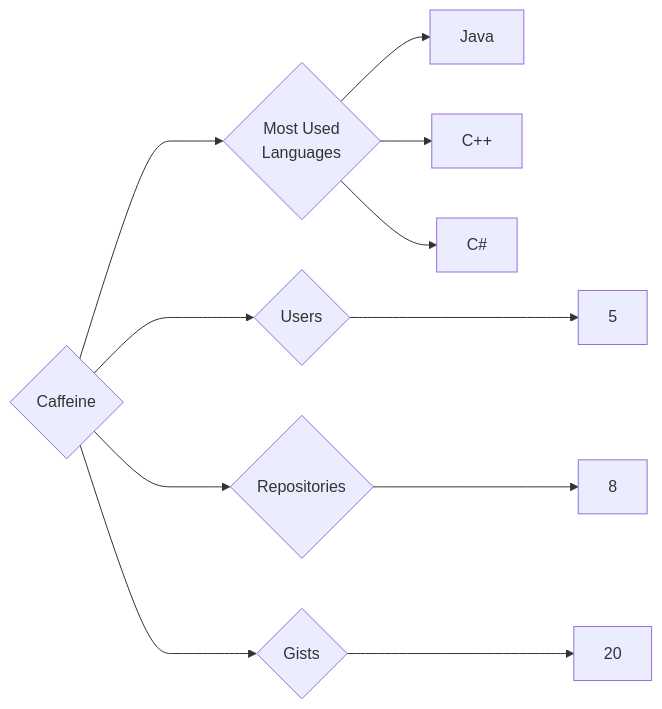
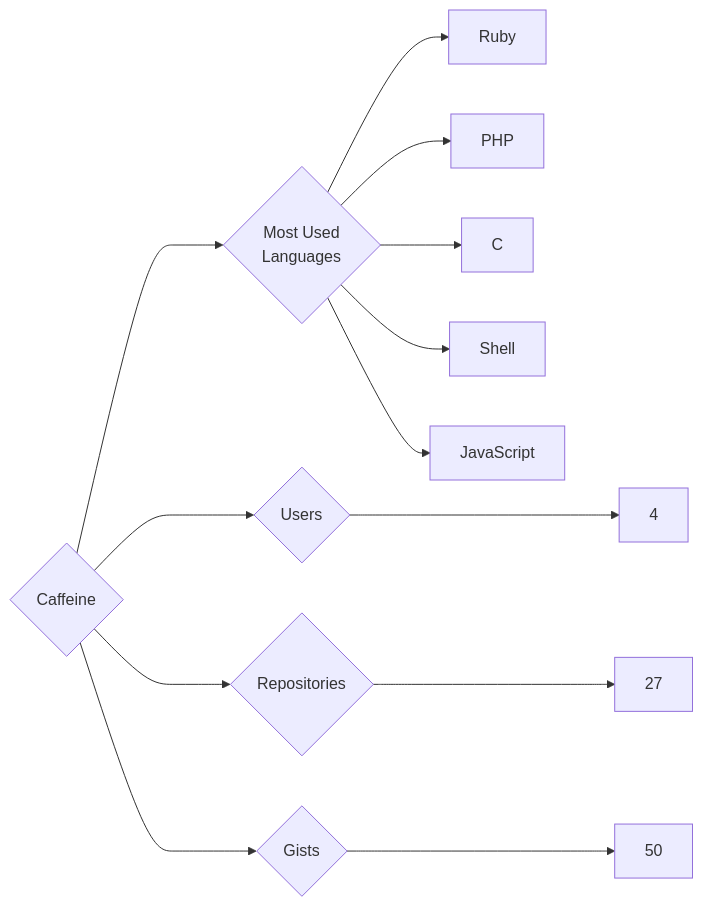
One commit to trickest/insiders changed the diagram in targets/Caffeine/README.md. Above: the diagram before and after it, drawn with Mermaid. The commit also changed 1175 other files, not shown here.

````diff
--- a/targets/Caffeine/README.md
+++ b/targets/Caffeine/README.md
@@ -3,11 +3,13 @@
 ```mermaid
 graph LR
 COMPANY_NAME{Caffeine}
-COMPANY_NAME ---> U{Users} ---> UN[5]
-COMPANY_NAME ---> R{Repositories} ---> RN[8]
-COMPANY_NAME ---> G{Gists} ---> GN[20]
+COMPANY_NAME ---> U{Users} ---> UN[4]
+COMPANY_NAME ---> R{Repositories} ---> RN[27]
+COMPANY_NAME ---> G{Gists} ---> GN[50]
 COMPANY_NAME ---> ML{Most Used<br>Languages}
-ML --> Java[Java]
-ML --> C++[C++]
-ML --> C#[C#]
+ML --> Ruby[Ruby]
+ML --> PHP[PHP]
+ML --> C[C]
+ML --> Shell[Shell]
+ML --> JavaScript[JavaScript]
 ```
````
